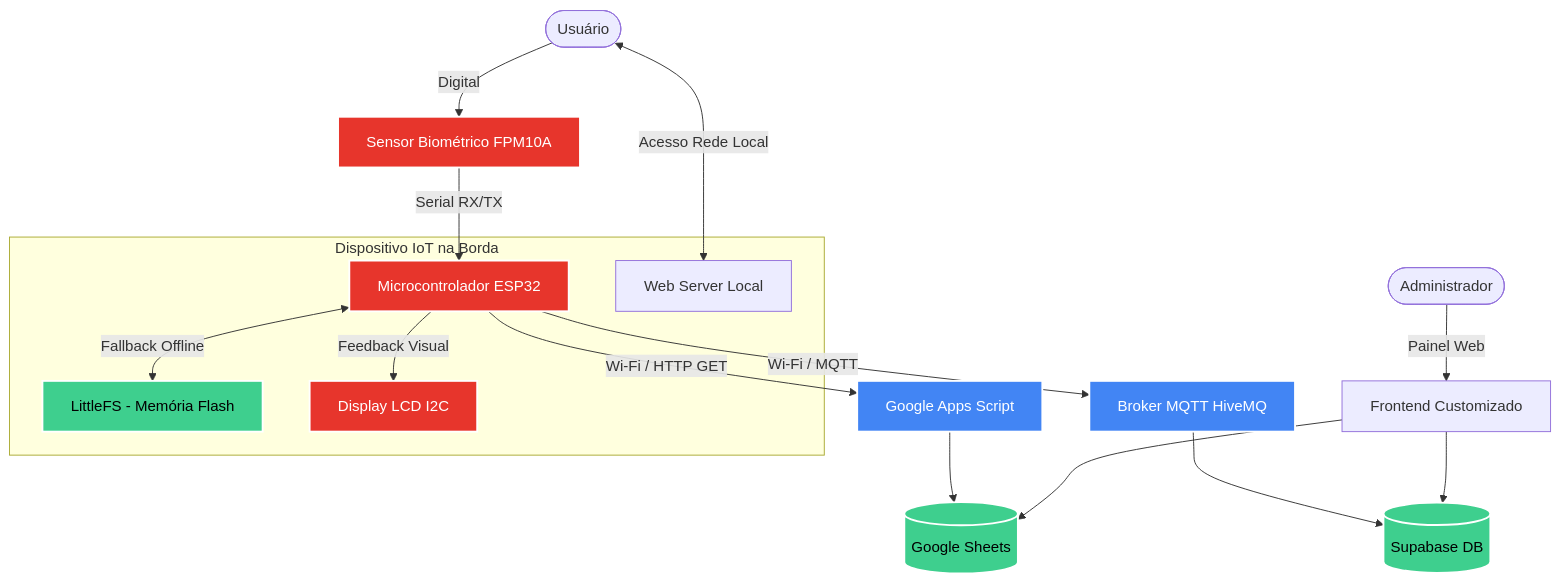
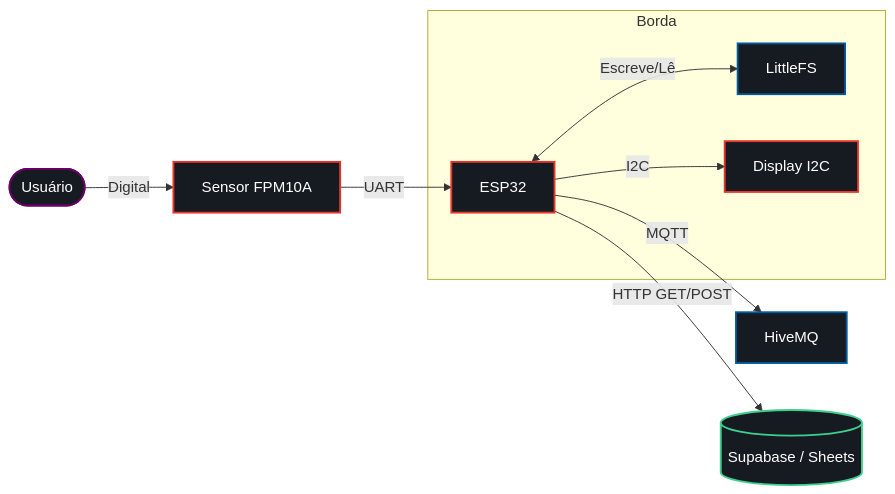
The diagram in README.md (TheoEnderson/projeto-sensor), drawn with Mermaid before and after one commit. The commit also changed other lines of this file, not shown here.

Commit message:
docs(readme): documenta arquitetura iot, fila offline e trade-offs de hardware

````diff
--- a/README.md
+++ b/README.md
@@ -22,39 +26,27 @@
 ```mermaid
-flowchart TD
-    %% Nodes
-    User([Usuário]) --> |Digital| Sensor[Sensor Biométrico FPM10A]
-    Sensor --> |Serial RX/TX| ESP[Microcontrolador ESP32]
+flowchart LR
+    User([Usuário]) --> |Digital| Sensor[Sensor FPM10A]
+    Sensor --> |UART| ESP[ESP32]
     
-    %% Subgraph ESP32 Internals
-    subgraph Edge Device [Dispositivo IoT na Borda]
+    subgraph Borda
         ESP
-        Mem[LittleFS - Memória Flash]
-        Web[Web Server Local]
-        LCD[Display LCD I2C]
+        Mem[LittleFS]
+        LCD[Display I2C]
     end
     
-    ESP <--> |Fallback Offline| Mem
-    ESP --> |Feedback Visual| LCD
-    User <--> |Acesso Rede Local| Web
+    ESP <--> |Escreve/Lê| Mem
+    ESP --> |I2C| LCD
     
-    %% Cloud integrations
-    ESP -->|Wi-Fi / HTTP GET| Google[Google Apps Script]
-    ESP -->|Wi-Fi / MQTT| Broker[Broker MQTT HiveMQ]
-    
-    Google --> Sheets[(Google Sheets)]
-    Broker --> Supa[(Supabase DB)]
-    
-    %% Frontends
-    Admin([Administrador]) --> |Painel Web| Frontend[Frontend Customizado]
-    Frontend --> Sheets
-    Frontend --> Supa
+    ESP -->|MQTT| Broker[HiveMQ]
+    ESP -->|HTTP GET/POST| BD[(Supabase / Sheets)]
 
-    %% Styling
-    classDef hardware fill:#e7352c,stroke:#fff,stroke-width:2px,color:#fff;
-    classDef cloud fill:#4285f4,stroke:#fff,stroke-width:2px,color:#fff;
-    classDef storage fill:#3ecf8e,stroke:#fff,stroke-width:2px,color:#000;
+    classDef escuro fill:#161b22,stroke:#00599C,stroke-width:2px,color:#fff;
+    classDef hardware fill:#161b22,stroke:#E7352C,stroke-width:2px,color:#fff;
+    classDef cloud fill:#161b22,stroke:#3ECF8E,stroke-width:2px,color:#fff;
+    classDef user fill:#161b22,stroke:#660066,stroke-width:2px,color:#fff;
     
     class ESP,Sensor,LCD hardware;
-    class Google,Broker cloud;
-    class Sheets,Supa,Mem storage;
+    class Mem,Broker escuro;
+    class BD cloud;
+    class User user;
 ```
````
